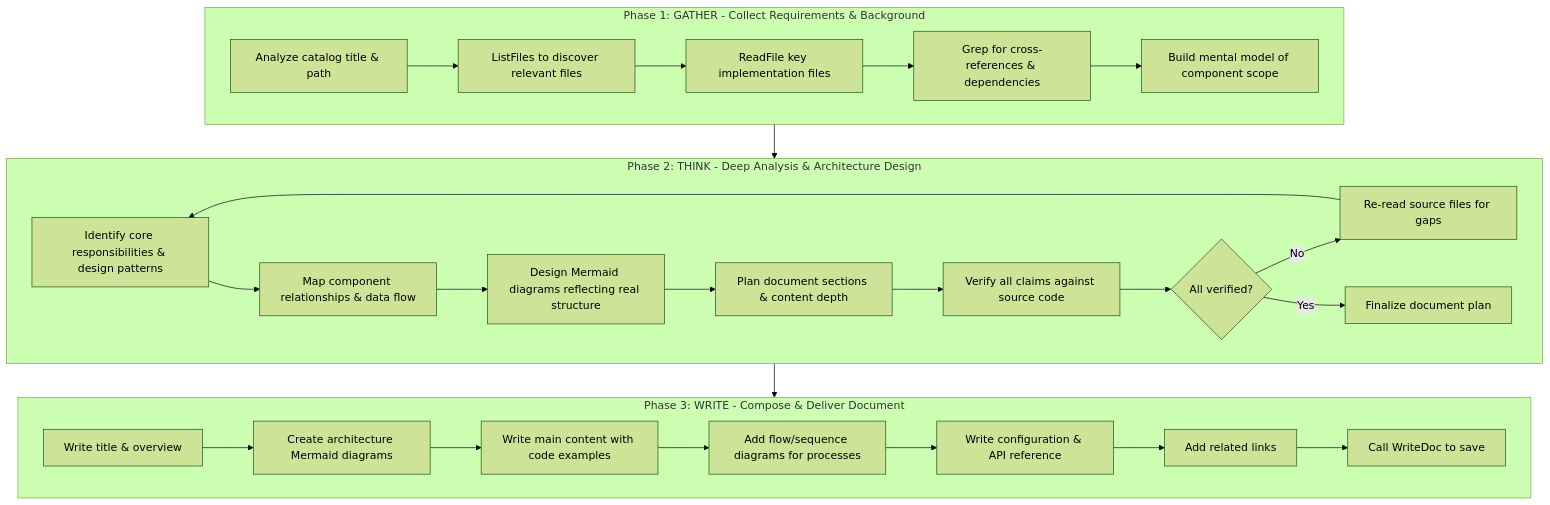
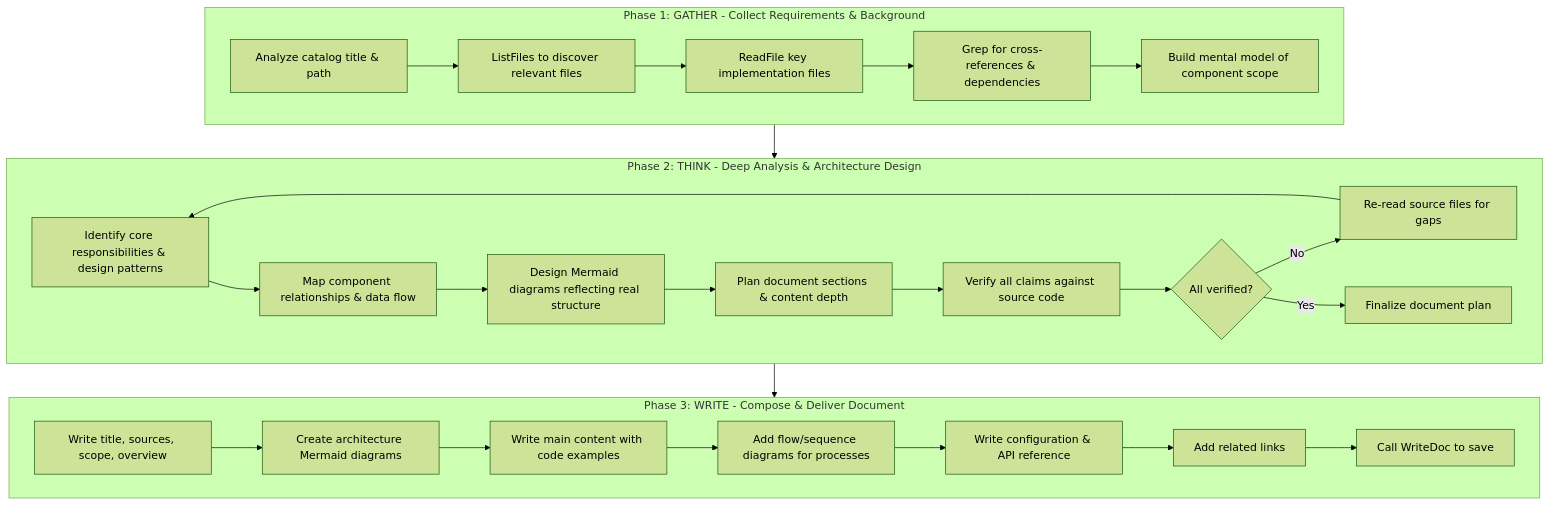
The first of 12 diagrams in src/OpenDeepWiki/prompts/content-generator.md (jianyuyanyu/OpenDeepWiki), drawn with Mermaid (forest theme) before and after one commit. The commit also changed other lines of this file and 10 other files, not shown here.

````diff
--- a/src/OpenDeepWiki/prompts/content-generator.md
+++ b/src/OpenDeepWiki/prompts/content-generator.md
@@ -221,31 +266,31 @@
 ```mermaid
 flowchart TD
     subgraph Phase1["Phase 1: GATHER - Collect Requirements & Background"]
         A1[Analyze catalog title & path] --> A2[ListFiles to discover relevant files]
         A2 --> A3[ReadFile key implementation files]
         A3 --> A4[Grep for cross-references & dependencies]
         A4 --> A5[Build mental model of component scope]
     end
 
     subgraph Phase2["Phase 2: THINK - Deep Analysis & Architecture Design"]
         B1[Identify core responsibilities & design patterns] --> B2[Map component relationships & data flow]
         B2 --> B3[Design Mermaid diagrams reflecting real structure]
         B3 --> B4[Plan document sections & content depth]
         B4 --> B5[Verify all claims against source code]
         B5 --> B6{All verified?}
         B6 -->|No| B7[Re-read source files for gaps]
         B7 --> B1
         B6 -->|Yes| B8[Finalize document plan]
     end
 
     subgraph Phase3["Phase 3: WRITE - Compose & Deliver Document"]
-        C1[Write title & overview] --> C2[Create architecture Mermaid diagrams]
+        C1[Write title, sources, scope, overview] --> C2[Create architecture Mermaid diagrams]
         C2 --> C3[Write main content with code examples]
         C3 --> C4[Add flow/sequence diagrams for processes]
         C4 --> C5[Write configuration & API reference]
         C5 --> C6[Add related links]
         C6 --> C7[Call WriteDoc to save]
     end
 
     Phase1 --> Phase2 --> Phase3
 ```
````
